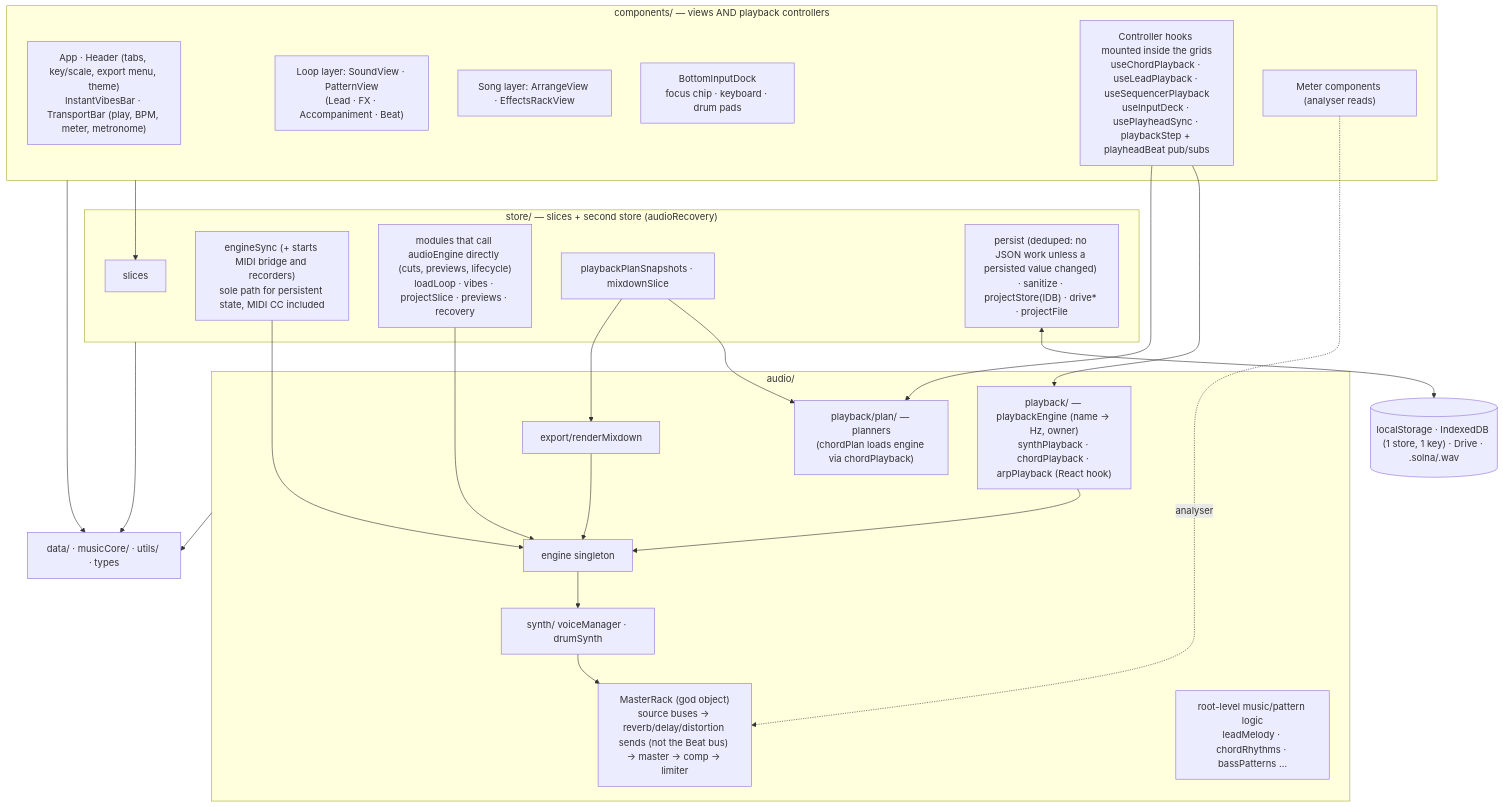
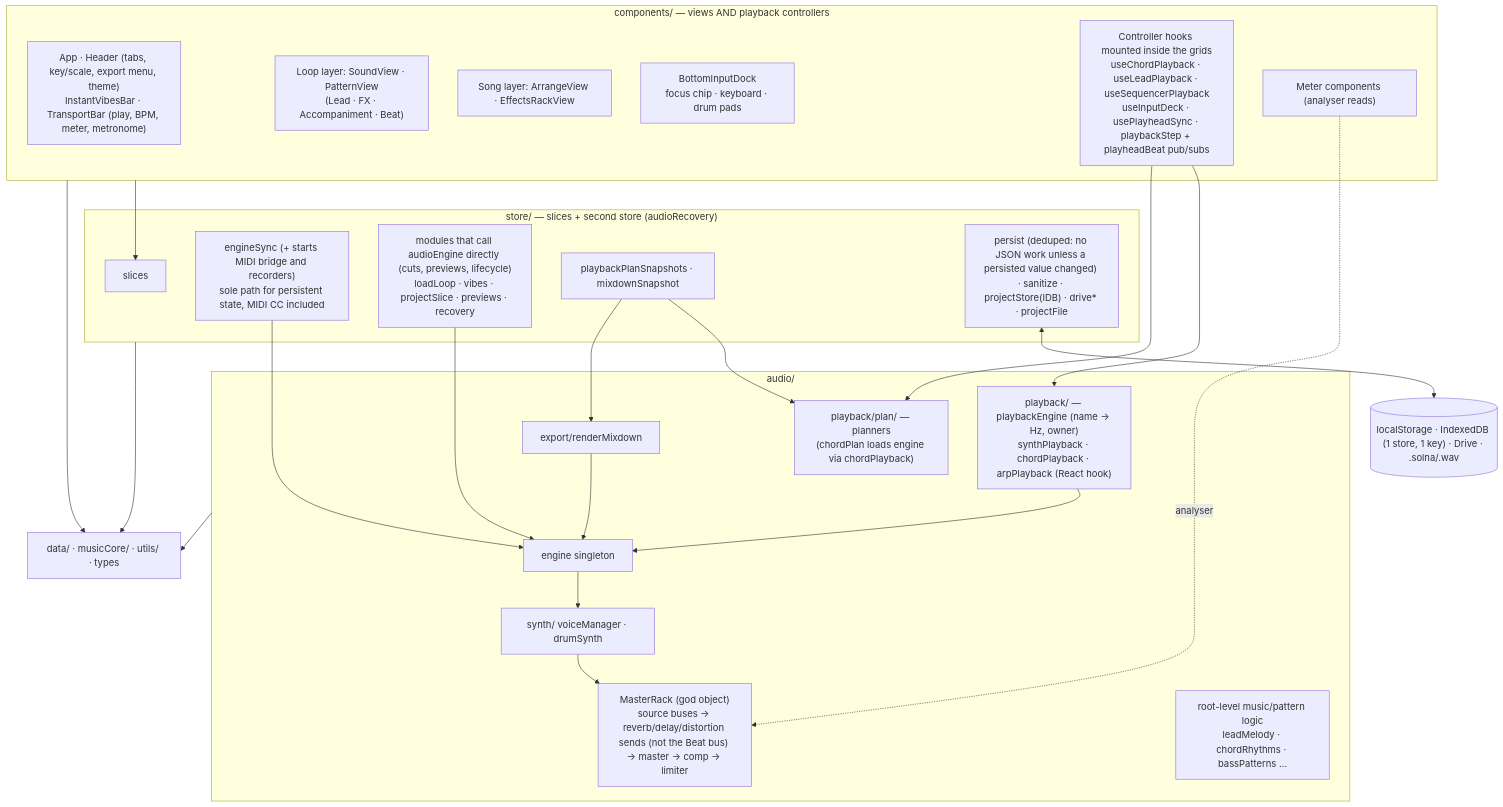
Before and after one commit to themiddnight/solna: the diagram in docs/architecture/structure/README.md, drawn with Mermaid. The commit also changed other lines of this file and 12 other files, not shown here.

````diff
--- a/docs/architecture/structure/README.md
+++ b/docs/architecture/structure/README.md
@@ -30,46 +30,46 @@
 ```mermaid
 flowchart TB
   subgraph Views["components/ — views AND playback controllers"]
     Shell["App · Header (tabs, key/scale, export menu, theme)<br/>InstantVibesBar · TransportBar (play, BPM, meter, metronome)"]
     LoopViews["Loop layer: SoundView · PatternView<br/>(Lead · FX · Accompaniment · Beat)"]
     SongViews["Song layer: ArrangeView · EffectsRackView"]
     Dock["BottomInputDock<br/>focus chip · keyboard · drum pads"]
     Ctrls["Controller hooks mounted inside the grids<br/>useChordPlayback · useLeadPlayback · useSequencerPlayback<br/>useInputDeck · usePlayheadSync · playbackStep + playheadBeat pub/subs"]
     Meters["Meter components (analyser reads)"]
   end
 
   subgraph Store["store/ — slices + second store (audioRecovery)"]
     Slices["slices"]
     EngineSync["engineSync (+ starts MIDI bridge and recorders)<br/>sole path for persistent state, MIDI CC included"]
     Direct["modules that call audioEngine directly (cuts, previews, lifecycle)<br/>loadLoop · vibes · projectSlice · previews · recovery"]
-    Snap["playbackPlanSnapshots · mixdownSlice"]
+    Snap["playbackPlanSnapshots · mixdownSnapshot"]
     PersistIO["persist (deduped: no JSON work unless a persisted value changed) · sanitize · projectStore(IDB) · drive* · projectFile"]
   end
 
   subgraph Audio["audio/"]
     PB["playback/ — playbackEngine (name → Hz, owner)<br/>synthPlayback · chordPlayback · arpPlayback (React hook)"]
     Plan["playback/plan/ — planners<br/>(chordPlan loads engine via chordPlayback)"]
     Eng["engine singleton"]
     Rack["MasterRack (god object)<br/>source buses → reverb/delay/distortion sends (not the Beat bus) → master → comp → limiter"]
     Voices["synth/ voiceManager · drumSynth"]
     Logic["root-level music/pattern logic<br/>leadMelody · chordRhythms · bassPatterns …"]
     Exp["export/renderMixdown"]
   end
 
   Domain["data/ · musicCore/ · utils/ · types"]
   Storage[("localStorage · IndexedDB (1 store, 1 key) · Drive · .solna/.wav")]
 
   Views --> Slices
   Ctrls --> PB --> Eng
   Ctrls --> Plan
   Snap --> Plan
   Meters -. analyser .-> Rack
   EngineSync --> Eng
   Direct --> Eng
   Eng --> Voices --> Rack
   Snap --> Exp --> Eng
   PersistIO <--> Storage
   Store --> Domain
   Audio --> Domain
   Views --> Domain
 ```
````
